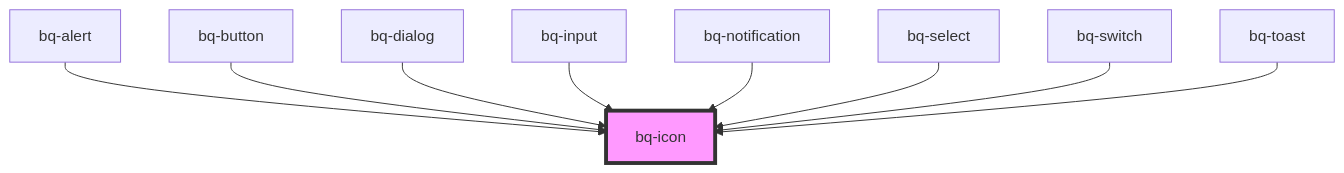
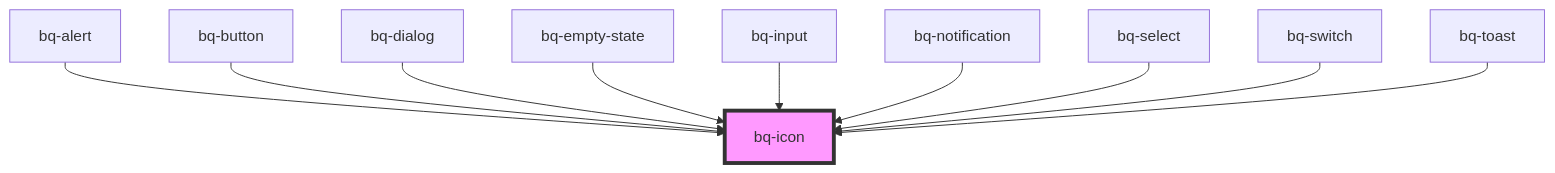
Before and after one commit to Endava/BEEQ: the diagram in packages/beeq/src/components/icon/readme.md, drawn with Mermaid. The commit also changed other lines of this file and 9 other files, not shown here.

````diff
--- a/packages/beeq/src/components/icon/readme.md
+++ b/packages/beeq/src/components/icon/readme.md
@@ -49,12 +50,13 @@
 ```mermaid
 graph TD;
   bq-alert --> bq-icon
   bq-button --> bq-icon
   bq-dialog --> bq-icon
+  bq-empty-state --> bq-icon
   bq-input --> bq-icon
   bq-notification --> bq-icon
   bq-select --> bq-icon
   bq-switch --> bq-icon
   bq-toast --> bq-icon
   style bq-icon fill:#f9f,stroke:#333,stroke-width:4px
 ```
````
